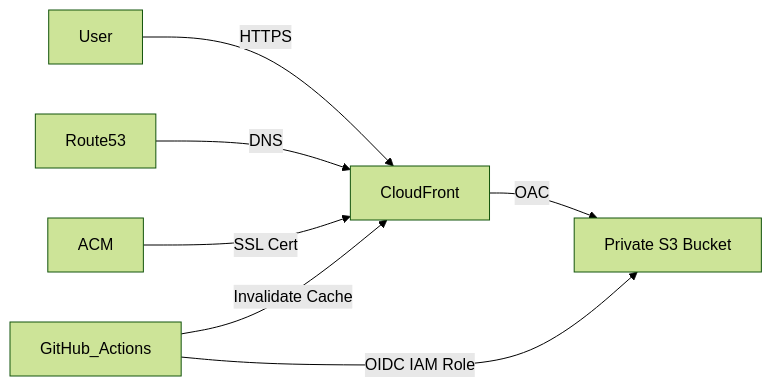
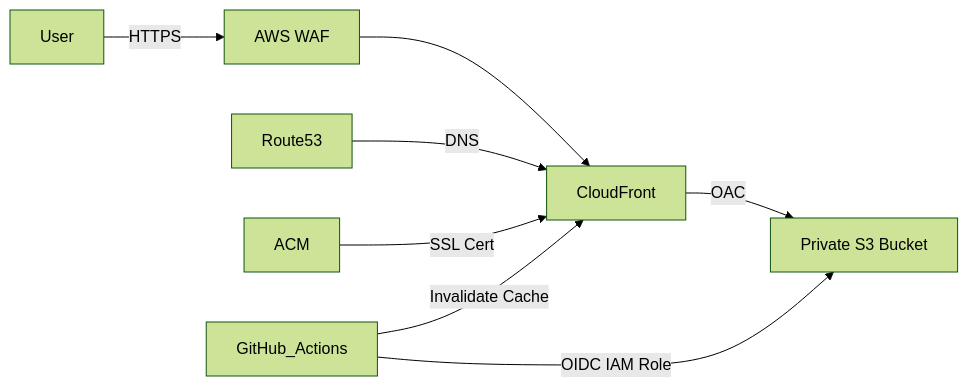
Before and after one commit to Rishi-Cs-ms/rishimajmudar.me-infra: the diagram in README.md, drawn with Mermaid (forest theme). The commit also changed other lines of this file, not shown here.

Commit message:
docs: update README with WAF details and recruiter-focused improvements

````diff
--- a/README.md
+++ b/README.md
@@ -20,9 +21,10 @@
 ```mermaid
 graph LR
-    User -->|HTTPS| CloudFront
+    User -->|HTTPS| WAF[AWS WAF]
+    WAF --> CloudFront
     CloudFront -->|OAC| S3[Private S3 Bucket]
     Route53 -->|DNS| CloudFront
     ACM -->|SSL Cert| CloudFront
     GitHub_Actions -->|OIDC IAM Role| S3
     GitHub_Actions -->|Invalidate Cache| CloudFront
 ```
````
